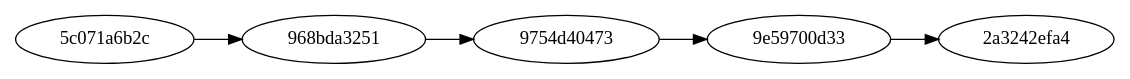
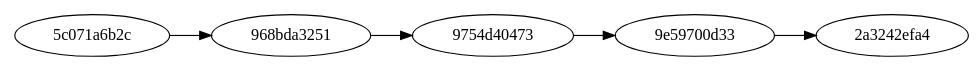
The diagram in diappositives/dag/file.dot (blackheaven/git-intro-if), drawn with Graphviz before and after one commit. The commit also changed 40 other files, not shown here.

```diff
--- a/diappositives/dag/file.dot
+++ b/diappositives/dag/file.dot
@@ -1,5 +1,6 @@
 digraph "Commits linéaires"
 {
+    size="10,20!";
     rankdir=LR;
     "5c071a6b2c" -> "968bda3251" -> "9754d40473" -> "9e59700d33" -> "2a3242efa4";
 }
```
